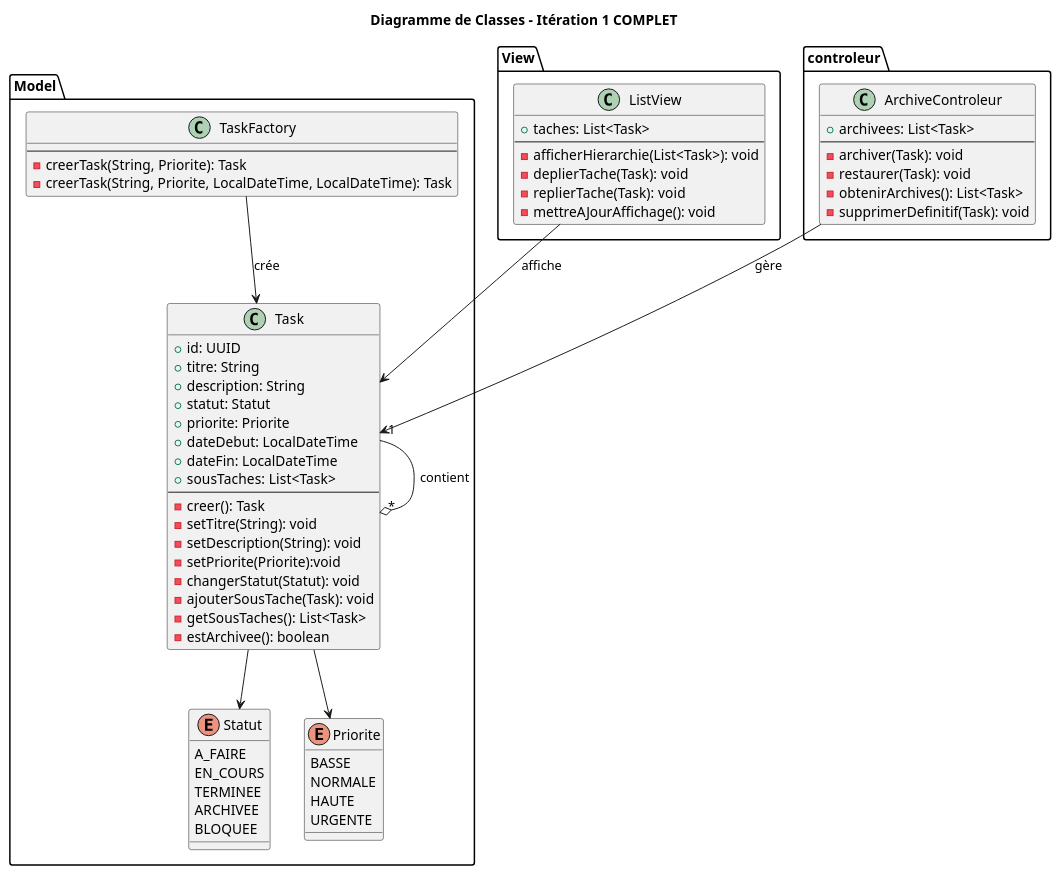
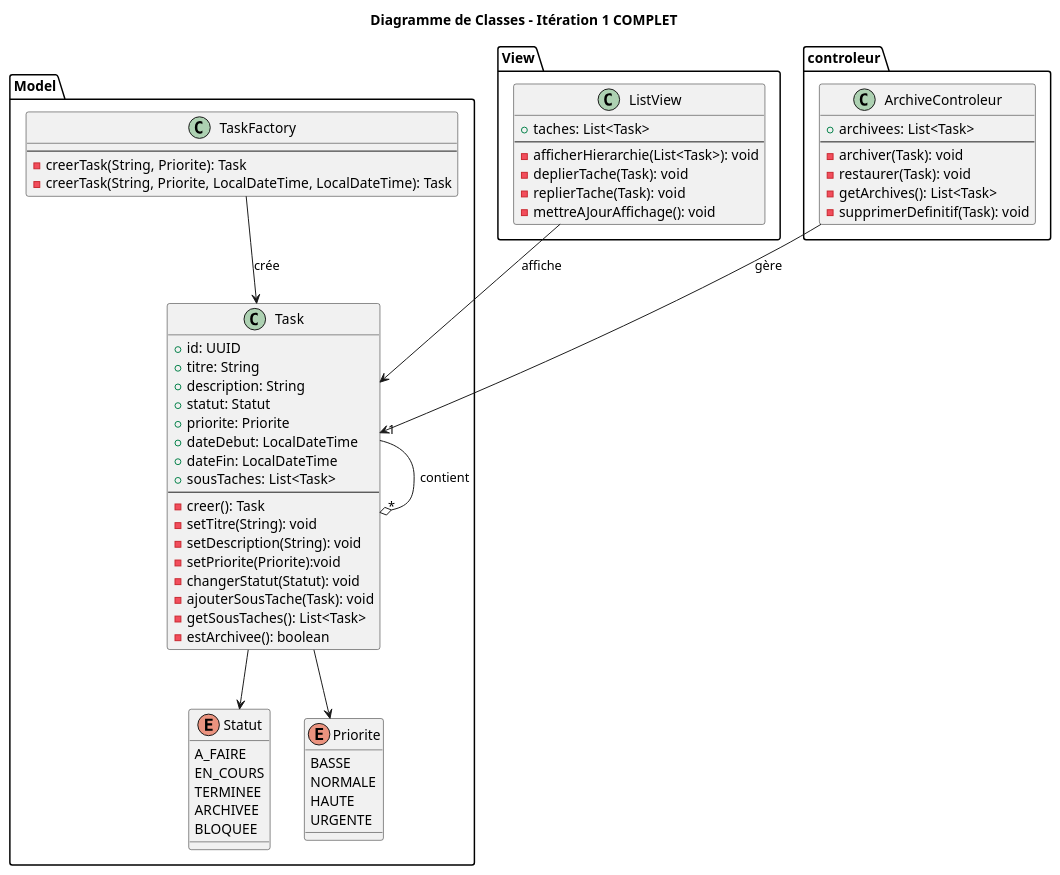
The diagram in Document/Iteration_1/DiagrammeClasse.puml (LeVraiKenan/SAE_3_01), drawn with PlantUML before and after one commit.

Commit message:
changement du nom de la méthode obtenirArchives

```diff
--- a/Document/Iteration_1/DiagrammeClasse.puml
+++ b/Document/Iteration_1/DiagrammeClasse.puml
@@ -1,81 +1,81 @@
 @startuml
 Title Diagramme de Classes - Itération 1 COMPLET
 
 package "Model" {
 
     enum Statut {
         A_FAIRE
         EN_COURS
         TERMINEE
         ARCHIVEE
         BLOQUEE
     }
 
     enum Priorite {
         BASSE
         NORMALE
         HAUTE
         URGENTE
     }
 
     class Task {
         + id: UUID
         + titre: String
         + description: String
         + statut: Statut
         + priorite: Priorite
         + dateDebut: LocalDateTime
         + dateFin: LocalDateTime
         + sousTaches: List<Task>
         --
         - creer(): Task
         - setTitre(String): void
         - setDescription(String): void
         - setPriorite(Priorite):void
         - changerStatut(Statut): void
         - ajouterSousTache(Task): void
         - getSousTaches(): List<Task>
         - estArchivee(): boolean
     }
 
     class TaskFactory {
         --
         - creerTask(String, Priorite): Task
         - creerTask(String, Priorite, LocalDateTime, LocalDateTime): Task
     }
 
     Task "1" --o "*" Task : contient
     Task --> Statut
     Task --> Priorite
     TaskFactory --> Task : crée
 }
 
 package "View" {
 
     class ListView {
         + taches: List<Task>
         --
         - afficherHierarchie(List<Task>): void
         - deplierTache(Task): void
         - replierTache(Task): void
         - mettreAJourAffichage(): void
     }
 
     ListView --> Task : affiche
 }
 
 package "controleur" {
 
     class ArchiveControleur {
         + archivees: List<Task>
         --
         - archiver(Task): void
         - restaurer(Task): void
-        - obtenirArchives(): List<Task>
+        - getArchives(): List<Task>
         - supprimerDefinitif(Task): void
     }
 
     ArchiveControleur --> Task : gère
 }
 
 @enduml
```
